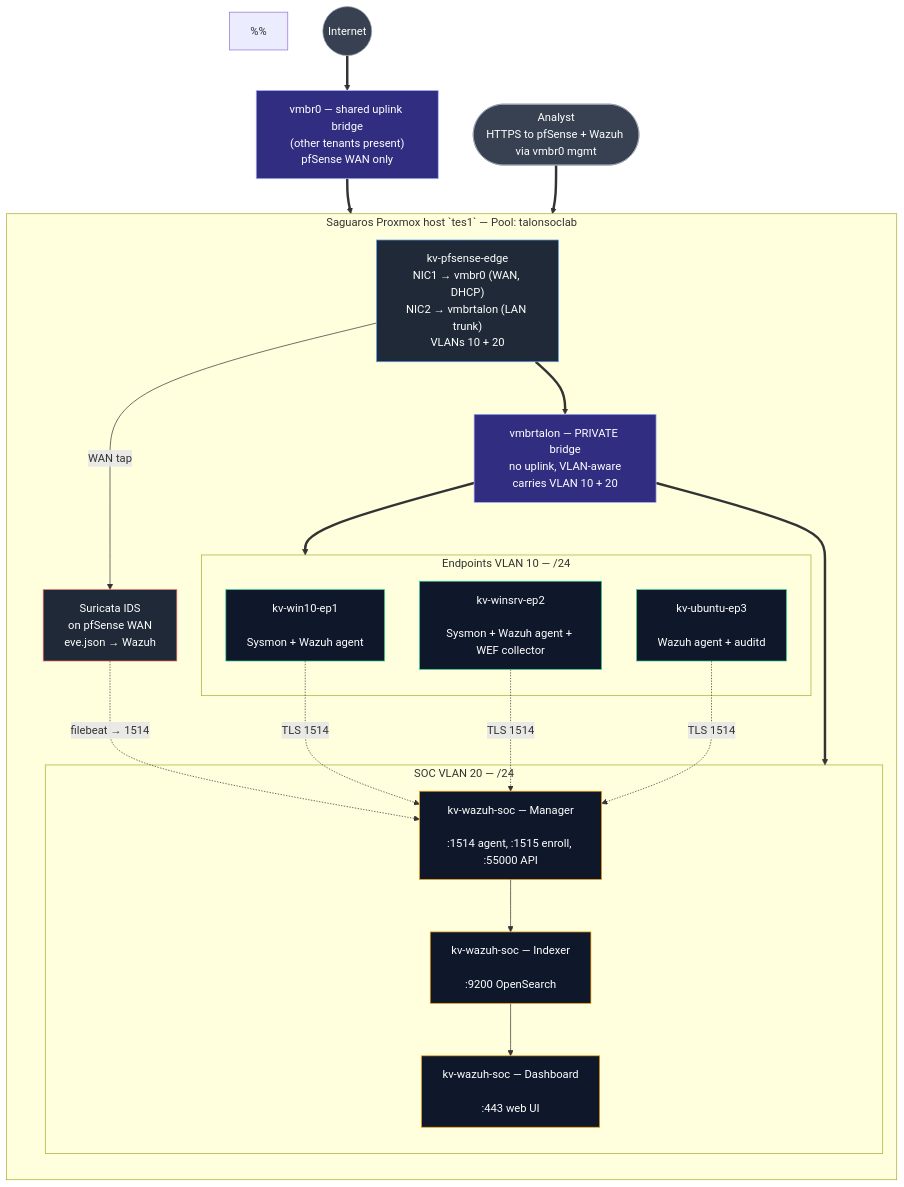
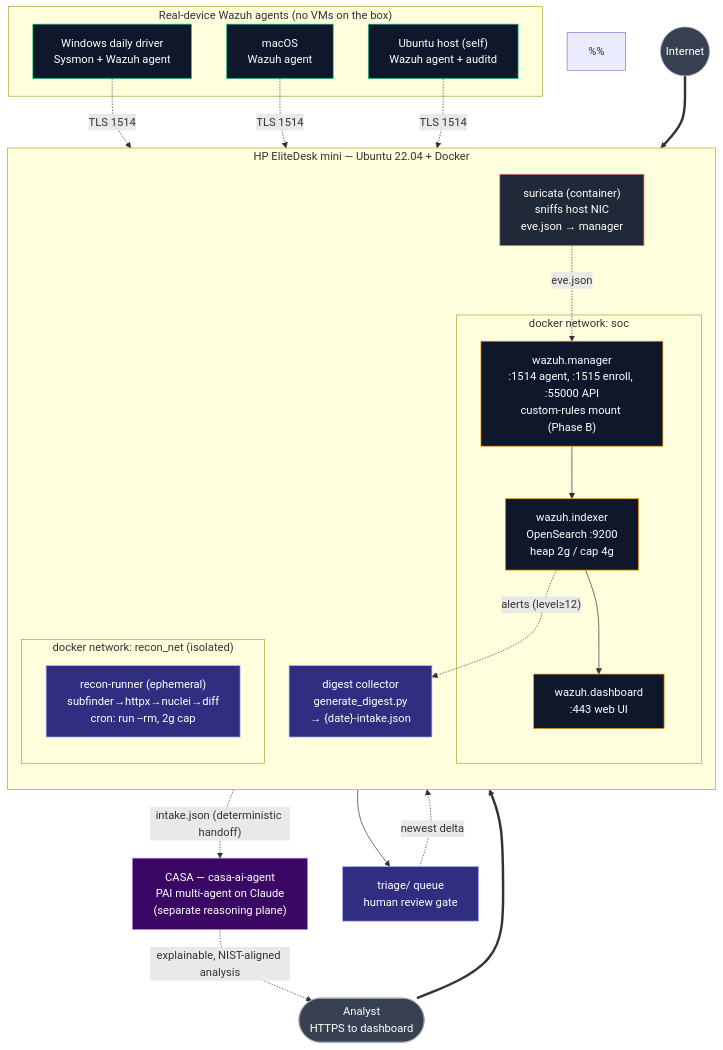
The diagram in phase-a-foundation/architecture.mmd (ktalons/talonsoclab), drawn with Mermaid before and after one commit. The commit also changed 17 other files, not shown here.

First line of the commit message:
Pivot to docker-compose on owned hardware; split data plane / CASA reasoning plane

```diff
--- a/phase-a-foundation/architecture.mmd
+++ b/phase-a-foundation/architecture.mmd
@@ -1,68 +1,70 @@
 flowchart TB
-%% TalonSocLab — Phase A Foundation SOC Stack
-%% Single source of truth for VM names, VLANs, bridges, and data flow.
-%% Host: shared Saguaros Proxmox node `tes1` — TalonSocLab is tenant-isolated via Pool + private bridge.
+%% TalonSocLab — Phase A Foundation SOC Stack (docker-compose edition)
+%% Single source of truth for the container topology + data flow.
+%% Host: HP EliteDesk mini (6-core i5, 16 GB, 256 GB NVMe) — OWNED outright.
+%% Substrate: Ubuntu Server 22.04 LTS bare-metal + Docker (no Proxmox).
 %%
-%% TENANCY ISOLATION (see project-talonsoclab-tenancy memory):
-%%   - All TalonSocLab VMs live in Proxmox Pool `talonsoclab` (ACL scoped to kylev only)
-%%   - All TalonSocLab VMs are prefixed `kv-` and tagged `talonsoclab`
-%%   - `vmbr0`     = SHARED uplink bridge (other tenants on it too) — pfSense WAN ONLY
-%%   - `vmbrtalon` = PRIVATE lab bridge, VLAN-aware, NO physical NIC — all internal VLAN traffic
-%%   - `vmbr1`     = NEIGHBOR TENANT (GOAD-Range) — DO NOT TOUCH
+%% PIVOT NOTE: the original Proxmox/pfSense/VLAN topology is archived under
+%%   phase-a-foundation/archive-proxmox/. This edition trades network realism
+%%   (pfSense, VLANs, Windows endpoint VMs) for portability + detection breadth.
+%% Endpoints are Wazuh agents on REAL devices, not VMs — keeps the 16 GB budget clear.
 
     Internet((Internet))
-    SharedUplink["vmbr0 — shared uplink bridge<br/>(other tenants present)<br/>pfSense WAN only"]
 
-    subgraph Saguaros["Saguaros Proxmox host `tes1` — Pool: talonsoclab"]
+    subgraph Host["HP EliteDesk mini — Ubuntu 22.04 + Docker"]
         direction TB
 
-        pfSense["kv-pfsense-edge<br/>NIC1 → vmbr0 (WAN, DHCP)<br/>NIC2 → vmbrtalon (LAN trunk)<br/>VLANs 10 + 20"]
-
-        TalonBridge["vmbrtalon — PRIVATE bridge<br/>no uplink, VLAN-aware<br/>carries VLAN 10 + 20"]
-
-        subgraph Endpoints["Endpoints VLAN 10 — <OLD-LAB-NET-B>/24"]
-            Win10["kv-win10-ep1<br/><OLD-LAB-IP-D><br/>Sysmon + Wazuh agent"]
-            WinSrv["kv-winsrv-ep2<br/><OLD-LAB-IP-C><br/>Sysmon + Wazuh agent + WEF collector"]
-            Ubuntu["kv-ubuntu-ep3<br/><OLD-LAB-IP-B><br/>Wazuh agent + auditd"]
+        subgraph SocNet["docker network: soc"]
+            Indexer["wazuh.indexer<br/>OpenSearch :9200<br/>heap 2g / cap 4g"]
+            Manager["wazuh.manager<br/>:1514 agent, :1515 enroll, :55000 API<br/>custom-rules mount (Phase B)"]
+            Dashboard["wazuh.dashboard<br/>:443 web UI"]
         end
 
-        subgraph SOC["SOC VLAN 20 — <OLD-LAB-NET-A>/24"]
-            WazuhMgr["kv-wazuh-soc — Manager<br/><OLD-LAB-IP-A><br/>:1514 agent, :1515 enroll, :55000 API"]
-            WazuhIdx["kv-wazuh-soc — Indexer<br/><OLD-LAB-IP-A><br/>:9200 OpenSearch"]
-            WazuhDash["kv-wazuh-soc — Dashboard<br/><OLD-LAB-IP-A><br/>:443 web UI"]
+        Suricata["suricata (container)<br/>sniffs host NIC<br/>eve.json → manager"]
+
+        subgraph ReconNet["docker network: recon_net (isolated)"]
+            Recon["recon-runner (ephemeral)<br/>subfinder→httpx→nuclei→diff<br/>cron: run --rm, 2g cap"]
         end
 
-        Suricata["Suricata IDS<br/>on pfSense WAN<br/>eve.json → Wazuh"]
+        Digest["digest collector<br/>generate_digest.py<br/>→ {date}-intake.json"]
     end
 
-    Analyst(["Analyst<br/>HTTPS to pfSense + Wazuh via vmbr0 mgmt"])
+    subgraph Endpoints["Real-device Wazuh agents (no VMs on the box)"]
+        Win["Windows daily driver<br/>Sysmon + Wazuh agent"]
+        Mac["macOS<br/>Wazuh agent"]
+        UbuntuHost["Ubuntu host (self)<br/>Wazuh agent + auditd"]
+    end
 
-    Internet ==> SharedUplink
-    SharedUplink ==> pfSense
-    pfSense -- "WAN tap" --> Suricata
-    pfSense ==> TalonBridge
-    TalonBridge ==> Endpoints
-    TalonBridge ==> SOC
+    Analyst(["Analyst<br/>HTTPS to dashboard"])
+    CASA["CASA — casa-ai-agent<br/>PAI multi-agent on Claude<br/>(separate reasoning plane)"]
+    Triage["triage/ queue<br/>human review gate"]
 
-    Win10  -. "TLS 1514" .-> WazuhMgr
-    WinSrv -. "TLS 1514" .-> WazuhMgr
-    Ubuntu -. "TLS 1514" .-> WazuhMgr
-    Suricata -. "filebeat → 1514" .-> WazuhMgr
+    Internet ==> Host
+    Win  -. "TLS 1514" .-> Manager
+    Mac  -. "TLS 1514" .-> Manager
+    UbuntuHost -. "TLS 1514" .-> Manager
+    Suricata -. "eve.json" .-> Manager
 
-    WazuhMgr --> WazuhIdx
-    WazuhIdx --> WazuhDash
-    Analyst ==> WazuhDash
+    Manager --> Indexer
+    Indexer --> Dashboard
+    Analyst ==> Dashboard
 
-    classDef edge fill:#1f2937,stroke:#60a5fa,color:#fff
-    classDef ep fill:#0f172a,stroke:#34d399,color:#fff
+    Recon --> Triage
+    Indexer -. "alerts (level≥12)" .-> Digest
+    Triage  -. "newest delta" .-> Digest
+    Digest -. "intake.json (deterministic handoff)" .-> CASA
+    CASA -. "explainable, NIST-aligned analysis" .-> Analyst
+
     classDef soc fill:#0f172a,stroke:#f59e0b,color:#fff
     classDef ids fill:#1f2937,stroke:#f87171,color:#fff
+    classDef ep fill:#0f172a,stroke:#34d399,color:#fff
     classDef ext fill:#374151,stroke:#9ca3af,color:#fff
-    classDef bridge fill:#312e81,stroke:#a5b4fc,color:#fff
+    classDef recon fill:#312e81,stroke:#a5b4fc,color:#fff
+    classDef casa fill:#3b0764,stroke:#c084fc,color:#fff
 
-    class pfSense edge
-    class Win10,WinSrv,Ubuntu ep
-    class WazuhMgr,WazuhIdx,WazuhDash soc
+    class Indexer,Manager,Dashboard soc
     class Suricata ids
+    class Win,Mac,UbuntuHost ep
     class Internet,Analyst ext
-    class SharedUplink,TalonBridge bridge
+    class Recon,Digest,Triage recon
+    class CASA casa
```
